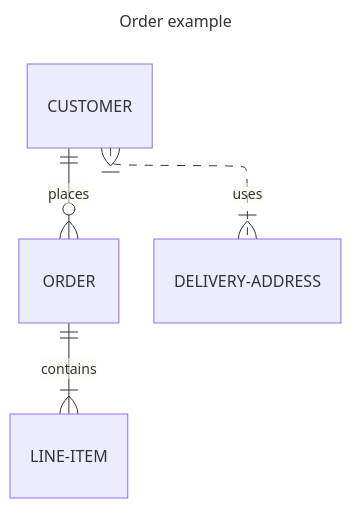
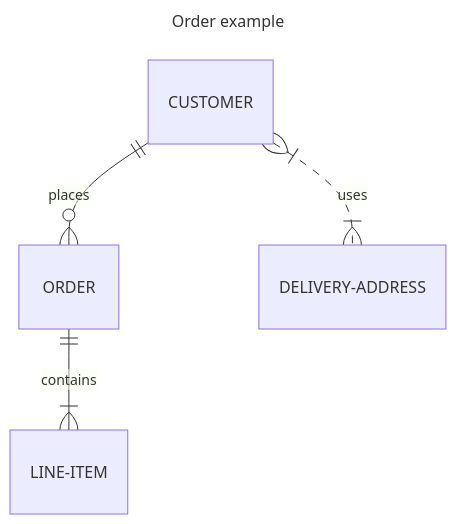
One commit to mermaid-js/mermaid changed diagram 25 of 25 in docs/syntax/entityRelationshipDiagram.md. Above: the diagram before and after it, drawn with Mermaid. The commit also changed other lines of this file and 56 other files, not shown here.

````diff
--- a/docs/syntax/entityRelationshipDiagram.md
+++ b/docs/syntax/entityRelationshipDiagram.md
@@ -1002,11 +1002,11 @@
 ```mermaid
 ---
 title: Order example
 config:
-    layout: elk
+    layout: dagre
 ---
 erDiagram
     CUSTOMER ||--o{ ORDER : places
     ORDER ||--|{ LINE-ITEM : contains
     CUSTOMER }|..|{ DELIVERY-ADDRESS : uses
 ```
````
